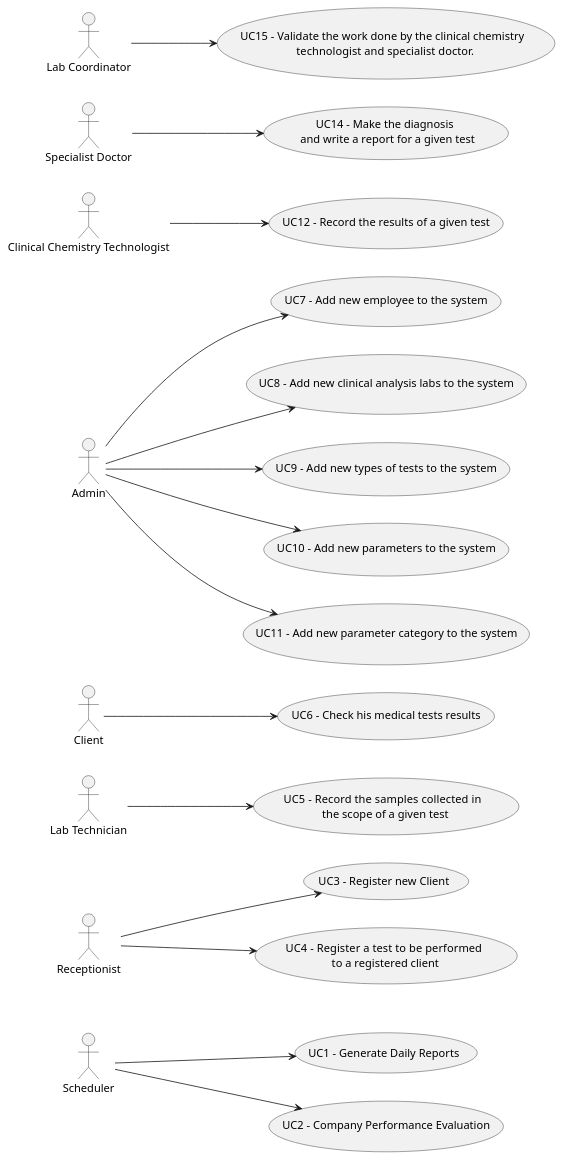
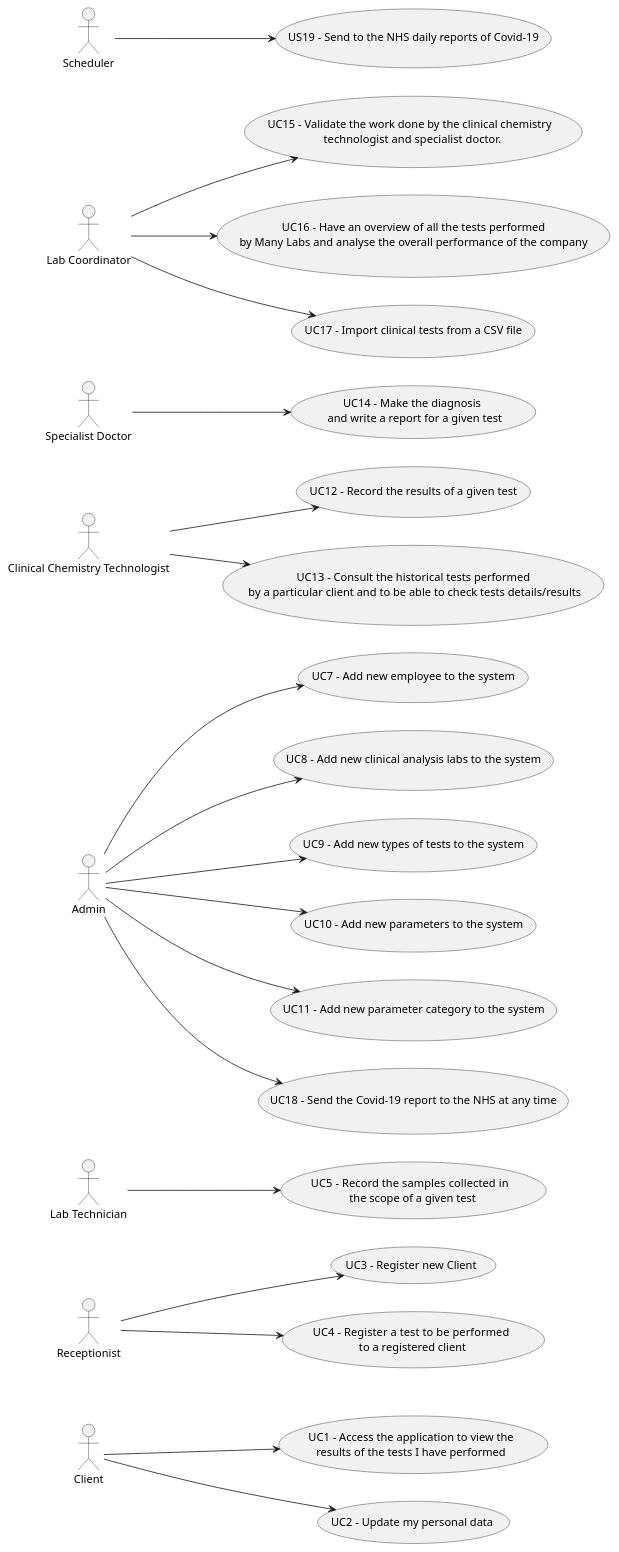
Before and after one commit to GuilhermeCunha79/lapr2: the diagram in docs/SprintD/UC_Diagram.puml, drawn with PlantUML. The commit also changed 45 other files, not shown here.

Commit message:
[UC Diagram] Updated UC Diagram with new use cases [Implementation] Implemented serialization for the current system

```diff
--- a/docs/SprintD/UC_Diagram.puml
+++ b/docs/SprintD/UC_Diagram.puml
@@ -1,21 +1,24 @@
 @startuml
 'https://plantuml.com/use-case-diagram
 
 left to right direction
 
-:Scheduler: --> (UC1 - Generate Daily Reports)
-:Scheduler: --> (UC2 - Company Performance Evaluation)
+:Client: --> (UC1 - Access the application to view the\nresults of the tests I have performed)
+:Client: --> (UC2 - Update my personal data)
 :Receptionist: --> (UC3 - Register new Client)
 :Receptionist: --> (UC4 -  Register a test to be performed\n to a registered client)
 :Lab Technician: --> (UC5 -  Record the samples collected in \n the scope of a given test)
-:Client: --> (UC6 - Check his medical tests results)
 :Admin: --> (UC7 - Add new employee to the system)
 :Admin: --> (UC8 - Add new clinical analysis labs to the system)
 :Admin: --> (UC9 - Add new types of tests to the system)
 :Admin: --> (UC10 - Add new parameters to the system)
 :Admin: --> (UC11 - Add new parameter category to the system)
+:Admin: --> (UC18 - Send the Covid-19 report to the NHS at any time)
 :Clinical Chemistry Technologist: --> (UC12 - Record the results of a given test)
+:Clinical Chemistry Technologist: --> (UC13 - Consult the historical tests performed\n by a particular client and to be able to check tests details/results)
 :Specialist Doctor: --> (UC14 - Make the diagnosis \n and write a report for a given test)
 :Lab Coordinator: --> (UC15 - Validate the work done by the clinical chemistry \n technologist and specialist doctor.)
-
+:Lab Coordinator: --> (UC16 - Have an overview of all the tests performed\nby Many Labs and analyse the overall performance of the company)
+:Lab Coordinator: --> (UC17 - Import clinical tests from a CSV file)
+:Scheduler: --> (US19 - Send to the NHS daily reports of Covid-19)
 @enduml
```
